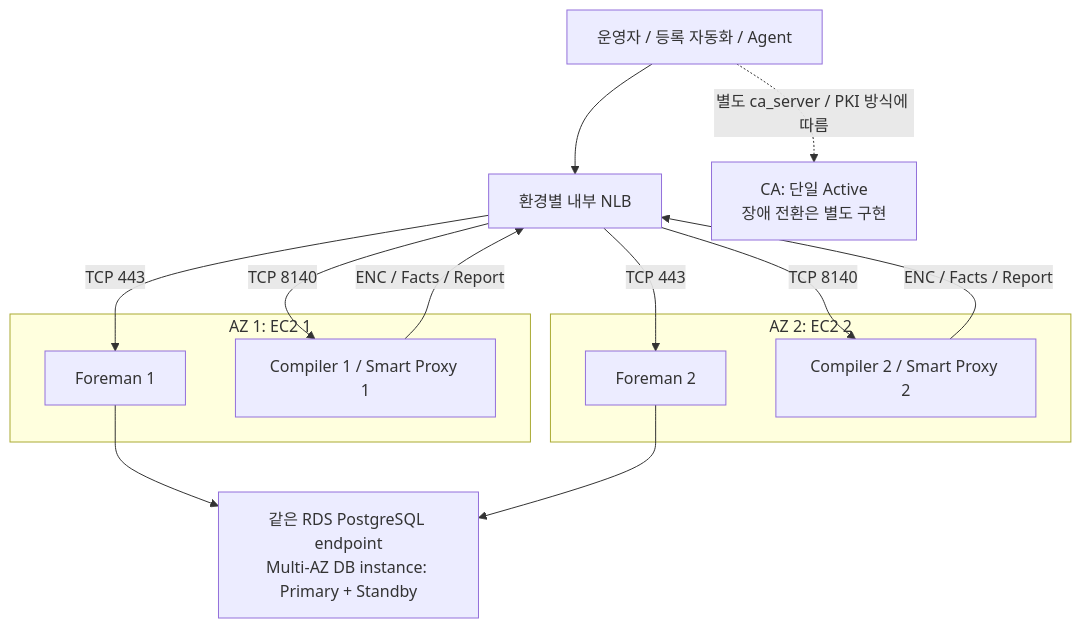
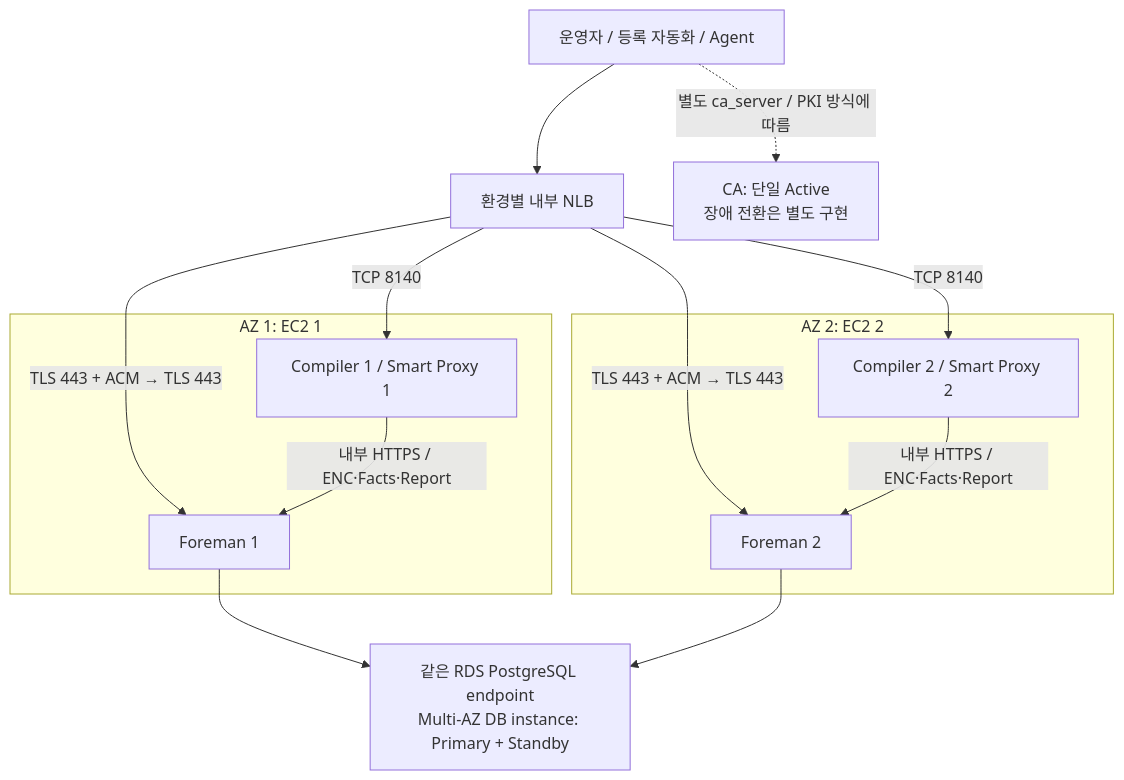
The diagram in foreman-puppet/docs/SERVER_TOPOLOGY.md (heyoon2j/y2-devops-lab), drawn with Mermaid before and after one commit. The commit also changed other lines of this file and 17 other files, not shown here.

Commit message:
feat(foreman-puppet): use ACM on NLB and separate backend service TLS

````diff
--- a/foreman-puppet/docs/SERVER_TOPOLOGY.md
+++ b/foreman-puppet/docs/SERVER_TOPOLOGY.md
@@ -35,23 +35,23 @@
 ```mermaid
 flowchart TB
     A["운영자 / 등록 자동화 / Agent"] --> L["환경별 내부 NLB"]
     subgraph AZ1["AZ 1: EC2 1"]
       F1["Foreman 1"]
       P1["Compiler 1 / Smart Proxy 1"]
     end
     subgraph AZ2["AZ 2: EC2 2"]
       F2["Foreman 2"]
       P2["Compiler 2 / Smart Proxy 2"]
     end
-    L -->|"TCP 443"| F1
-    L -->|"TCP 443"| F2
+    L -->|"TLS 443 + ACM → TLS 443"| F1
+    L -->|"TLS 443 + ACM → TLS 443"| F2
     L -->|"TCP 8140"| P1
     L -->|"TCP 8140"| P2
     F1 --> D["같은 RDS PostgreSQL endpoint
 Multi-AZ DB instance: Primary + Standby"]
     F2 --> D
-    P1 -->|"ENC / Facts / Report"| L
-    P2 -->|"ENC / Facts / Report"| L
+    P1 -->|"내부 HTTPS / ENC·Facts·Report"| F1
+    P2 -->|"내부 HTTPS / ENC·Facts·Report"| F2
     A -.->|"별도 ca_server / PKI 방식에 따름"| C["CA: 단일 Active
 장애 전환은 별도 구현"]
 ```
````
